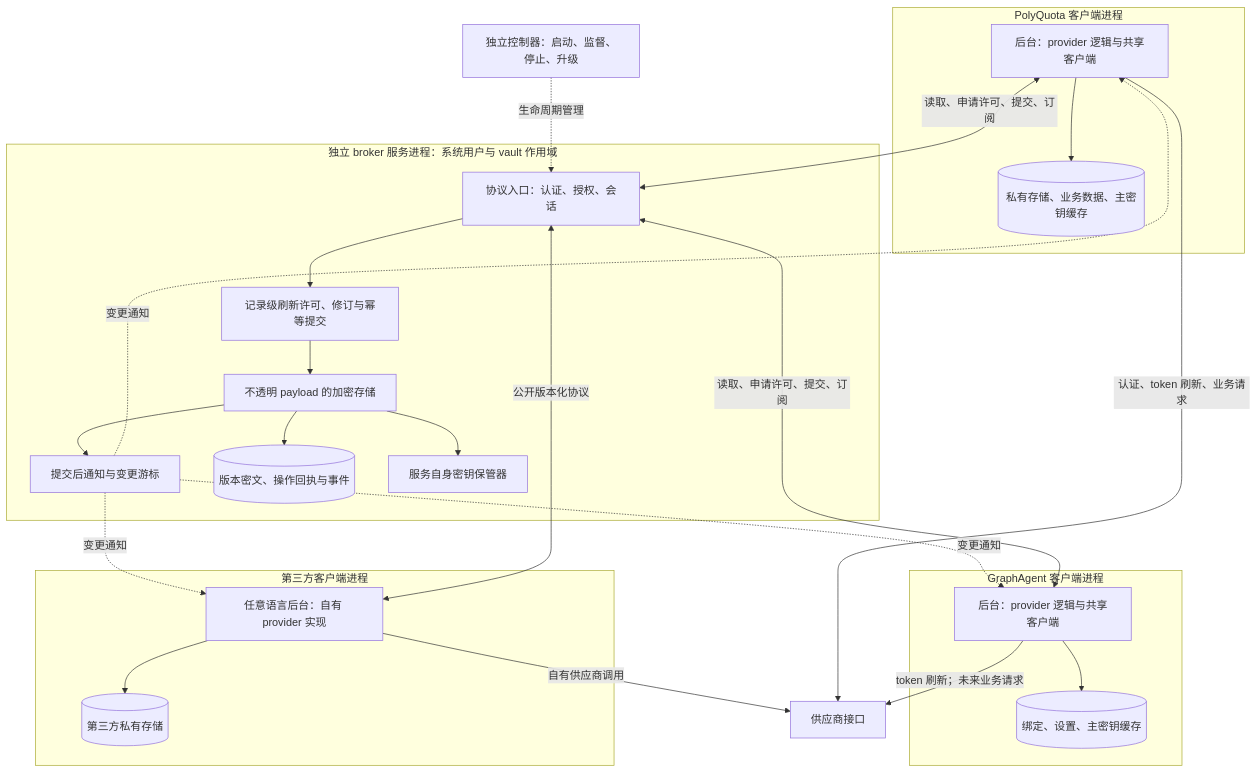
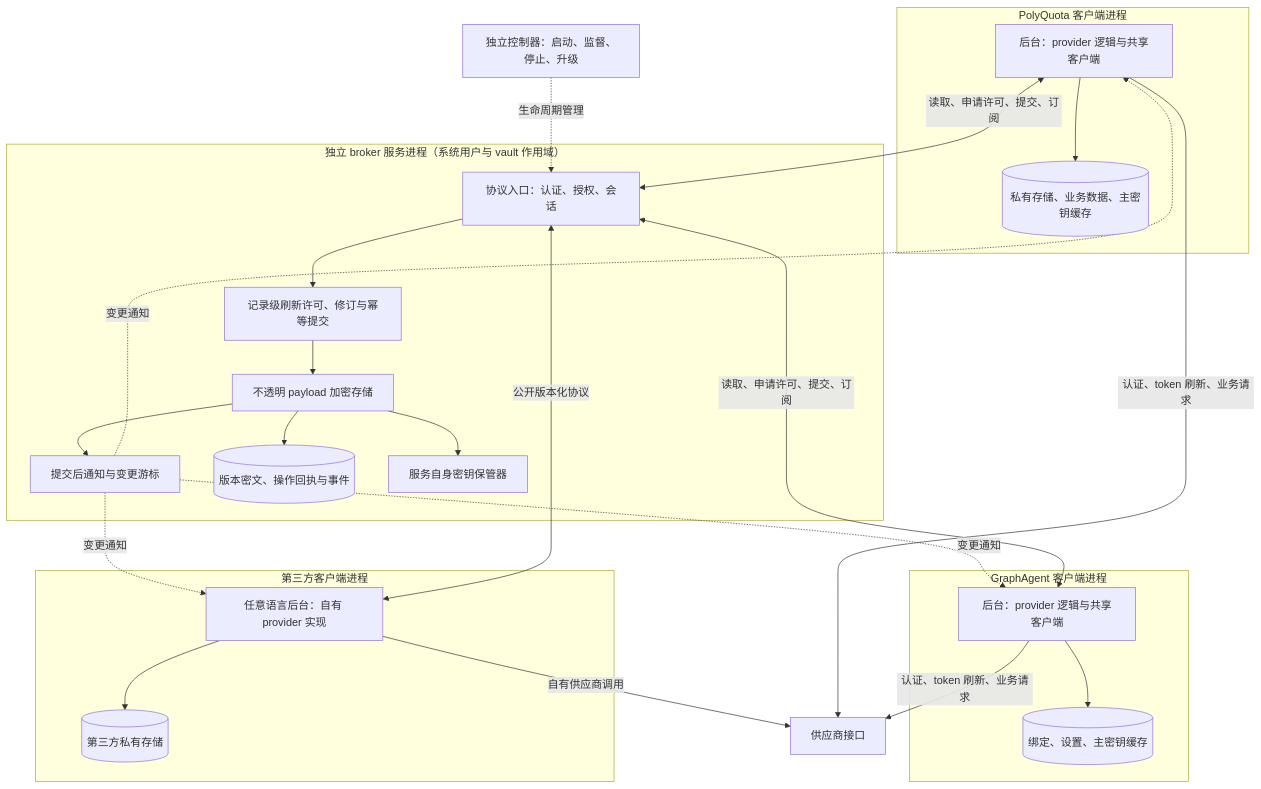
The first of 2 diagrams in docs/common/core/credential-sharing/design.md (SwingCosmic/astra-conductor), drawn with Mermaid before and after one commit. The commit also changed other lines of this file and 9 other files, not shown here.

````diff
--- a/docs/common/core/credential-sharing/design.md
+++ b/docs/common/core/credential-sharing/design.md
@@ -33,34 +24,34 @@
 ```mermaid
 flowchart TB
-    subgraph PQ[PolyQuota 客户端进程]
-        PB[后台：provider 逻辑与共享客户端]
-        PB --> PP[(私有存储、业务数据、主密钥缓存)]
+    subgraph PQ["PolyQuota 客户端进程"]
+        PB["后台：provider 逻辑与共享客户端"]
+        PB --> PP[("私有存储、业务数据、主密钥缓存")]
     end
-    subgraph GA[GraphAgent 客户端进程]
-        GB[后台：provider 逻辑与共享客户端]
-        GB --> GP[(绑定、设置、主密钥缓存)]
+    subgraph GA["GraphAgent 客户端进程"]
+        GB["后台：provider 逻辑与共享客户端"]
+        GB --> GP[("绑定、设置、主密钥缓存")]
     end
-    subgraph TP[第三方客户端进程]
-        TB[任意语言后台：自有 provider 实现] --> TD[(第三方私有存储)]
+    subgraph TP["第三方客户端进程"]
+        TB["任意语言后台：自有 provider 实现"] --> TD[("第三方私有存储")]
     end
-    subgraph SVC[独立 broker 服务进程：系统用户与 vault 作用域]
-        API[协议入口：认证、授权、会话]
-        CO[记录级刷新许可、修订与幂等提交]
-        ST[不透明 payload 的加密存储]
-        EV[提交后通知与变更游标]
+    subgraph SVC["独立 broker 服务进程（系统用户与 vault 作用域）"]
+        API["协议入口：认证、授权、会话"]
+        CO["记录级刷新许可、修订与幂等提交"]
+        ST["不透明 payload 加密存储"]
+        EV["提交后通知与变更游标"]
         API --> CO --> ST
-        ST --> DB[(版本密文、操作回执与事件)]
-        ST --> KS[服务自身密钥保管器]
+        ST --> DB[("版本密文、操作回执与事件")]
+        ST --> KS["服务自身密钥保管器"]
         ST --> EV
     end
-    CTL[独立控制器：启动、监督、停止、升级] -.生命周期管理.-> API
+    CTL["独立控制器：启动、监督、停止、升级"] -.生命周期管理.-> API
     PB <-->|读取、申请许可、提交、订阅| API
     GB <-->|读取、申请许可、提交、订阅| API
     TB <-->|公开版本化协议| API
     EV -.变更通知.-> PB
     EV -.变更通知.-> GB
     EV -.变更通知.-> TB
-    PB -->|认证、token 刷新、业务请求| UP[供应商接口]
-    GB -->|token 刷新；未来业务请求| UP
+    PB -->|认证、token 刷新、业务请求| UP["供应商接口"]
+    GB -->|认证、token 刷新、业务请求| UP
     TB -->|自有供应商调用| UP
 ```
````
